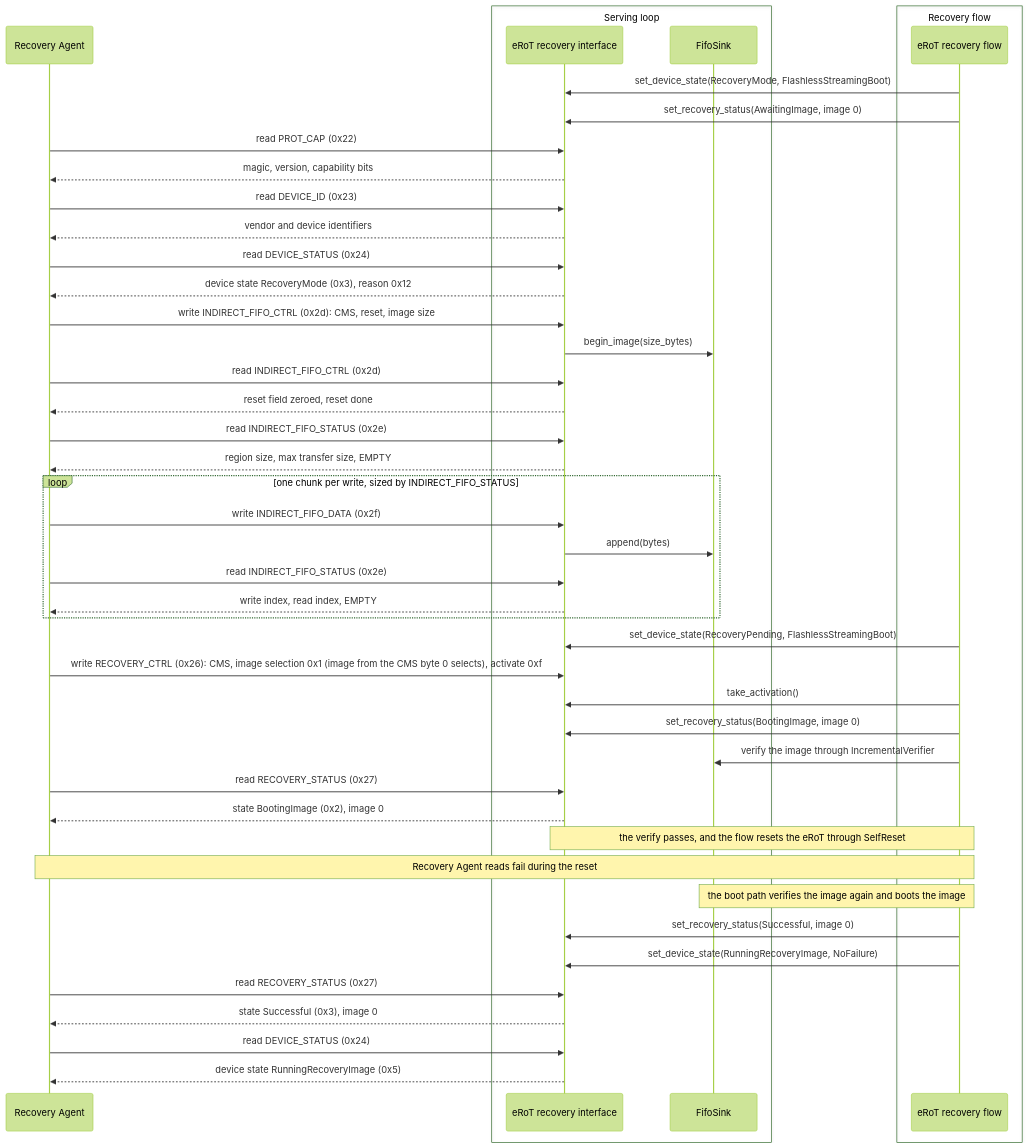
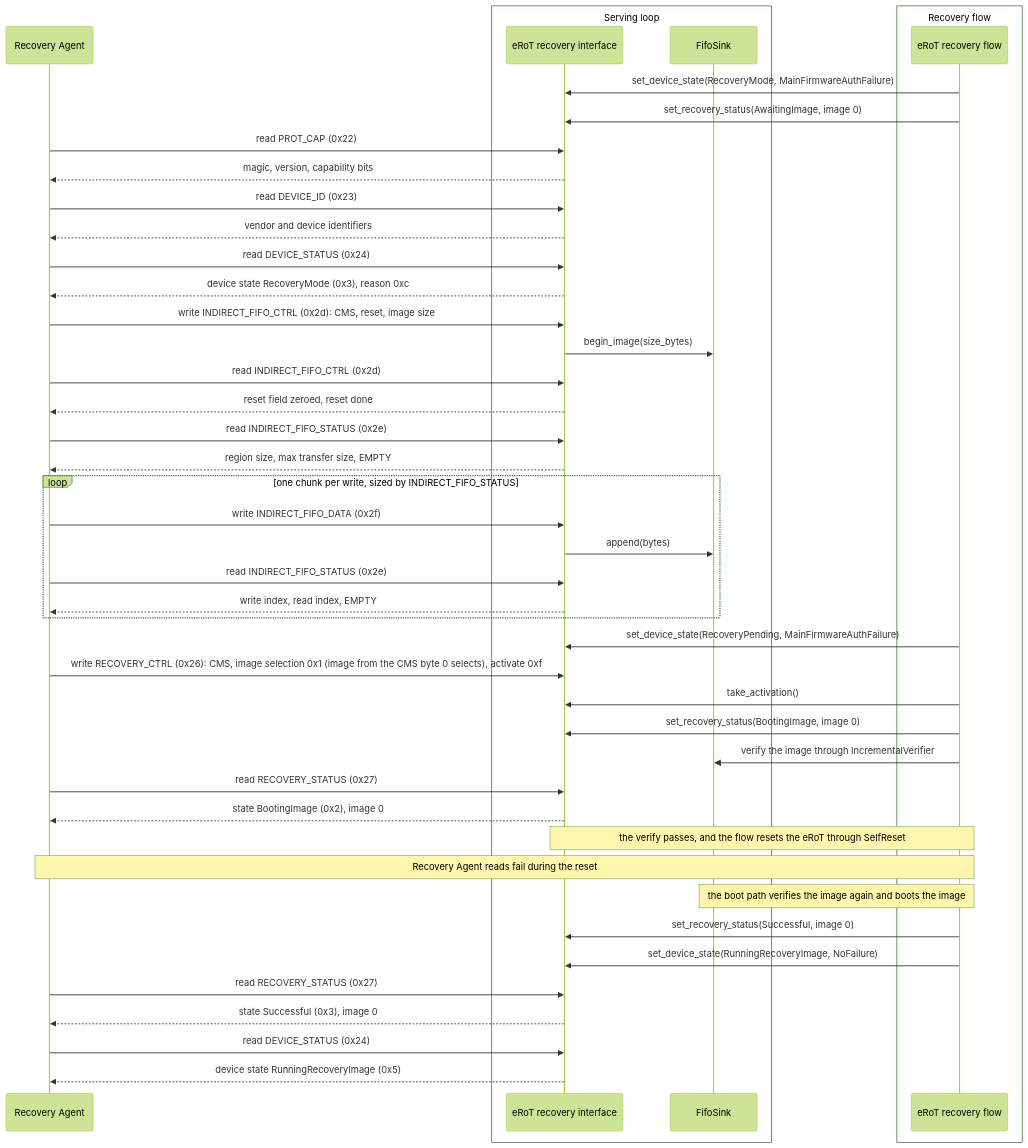
The first of 3 diagrams in docs/src/design/ocp-recovery-device.md (OpenPRoT/openprot), drawn with Mermaid (forest theme) before and after one commit. The commit also changed other lines of this file, not shown here.

First line of the commit message:
docs: Report the error of the previous boot as the reason code

````diff
--- a/docs/src/design/ocp-recovery-device.md
+++ b/docs/src/design/ocp-recovery-device.md
@@ -92,55 +104,55 @@
 ```mermaid
 sequenceDiagram
     participant RA as Recovery Agent
     box Serving loop
     participant RF as eRoT recovery interface
     participant Staging as FifoSink
     end
     box Recovery flow
     participant Flow as eRoT recovery flow
     end
 
-    Flow->>RF: set_device_state(RecoveryMode, FlashlessStreamingBoot)
+    Flow->>RF: set_device_state(RecoveryMode, MainFirmwareAuthFailure)
     Flow->>RF: set_recovery_status(AwaitingImage, image 0)
 
     RA->>RF: read PROT_CAP (0x22)
     RF-->>RA: magic, version, capability bits
     RA->>RF: read DEVICE_ID (0x23)
     RF-->>RA: vendor and device identifiers
     RA->>RF: read DEVICE_STATUS (0x24)
-    RF-->>RA: device state RecoveryMode (0x3), reason 0x12
+    RF-->>RA: device state RecoveryMode (0x3), reason 0xc
 
     RA->>RF: write INDIRECT_FIFO_CTRL (0x2d): CMS, reset, image size
     RF->>Staging: begin_image(size_bytes)
     RA->>RF: read INDIRECT_FIFO_CTRL (0x2d)
     RF-->>RA: reset field zeroed, reset done
     RA->>RF: read INDIRECT_FIFO_STATUS (0x2e)
     RF-->>RA: region size, max transfer size, EMPTY
 
     loop one chunk per write, sized by INDIRECT_FIFO_STATUS
         RA->>RF: write INDIRECT_FIFO_DATA (0x2f)
         RF->>Staging: append(bytes)
         RA->>RF: read INDIRECT_FIFO_STATUS (0x2e)
         RF-->>RA: write index, read index, EMPTY
     end
 
-    Flow->>RF: set_device_state(RecoveryPending, FlashlessStreamingBoot)
+    Flow->>RF: set_device_state(RecoveryPending, MainFirmwareAuthFailure)
 
     RA->>RF: write RECOVERY_CTRL (0x26): CMS, image selection 0x1 (image from the CMS byte 0 selects), activate 0xf
     Flow->>RF: take_activation()
     Flow->>RF: set_recovery_status(BootingImage, image 0)
     Flow->>Staging: verify the image through IncrementalVerifier
     RA->>RF: read RECOVERY_STATUS (0x27)
     RF-->>RA: state BootingImage (0x2), image 0
 
     Note over RF,Flow: the verify passes, and the flow resets the eRoT through SelfReset
     Note over RA,Flow: Recovery Agent reads fail during the reset
     Note over Staging,Flow: the boot path verifies the image again and boots the image
 
     Flow->>RF: set_recovery_status(Successful, image 0)
     Flow->>RF: set_device_state(RunningRecoveryImage, NoFailure)
     RA->>RF: read RECOVERY_STATUS (0x27)
     RF-->>RA: state Successful (0x3), image 0
     RA->>RF: read DEVICE_STATUS (0x24)
     RF-->>RA: device state RunningRecoveryImage (0x5)
 ```
````
